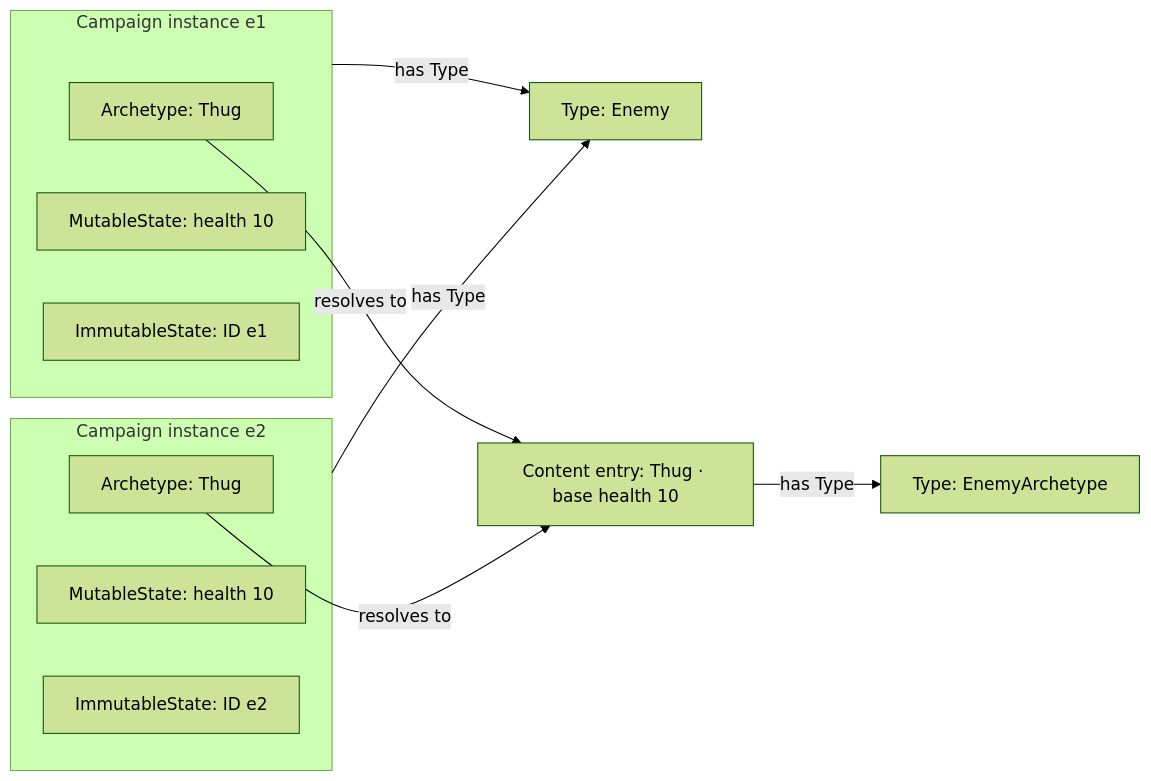
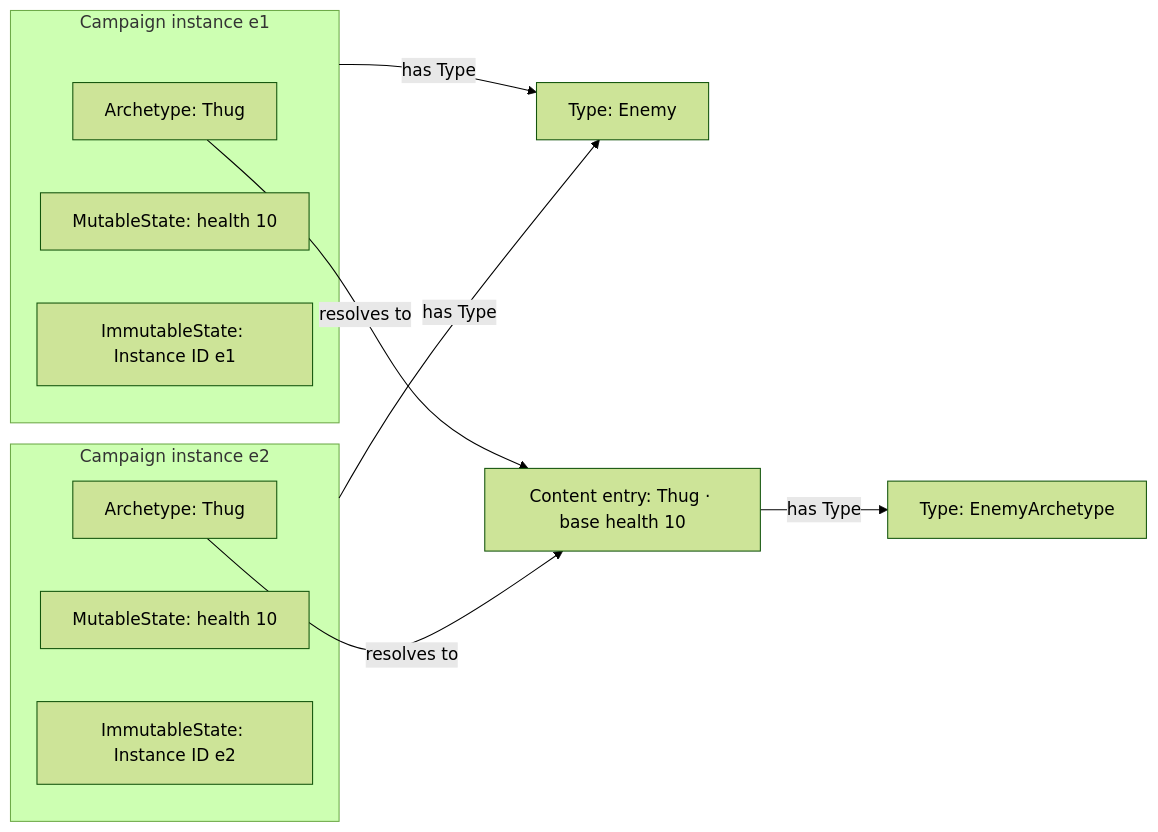
The second of 3 diagrams in docs/specs/foundation/modeling-foundations.md (konrad-jamrozik/game-v5), drawn with Mermaid (forest theme) before and after one commit. The commit also changed other lines of this file and 26 other files, not shown here.

````diff
--- a/docs/specs/foundation/modeling-foundations.md
+++ b/docs/specs/foundation/modeling-foundations.md
@@ -153,21 +158,21 @@
 ```mermaid
 flowchart LR
     ET["Type: Enemy"]
     AT["Type: EnemyArchetype"]
     T["Content entry: Thug · base health 10"]
     T -->|has Type| AT
     subgraph E1["Campaign instance e1"]
         A1["Archetype: Thug"]
         M1["MutableState: health 10"]
-        F1["ImmutableState: ID e1"]
+        F1["ImmutableState: Instance ID e1"]
     end
     subgraph E2["Campaign instance e2"]
         A2["Archetype: Thug"]
         M2["MutableState: health 10"]
-        F2["ImmutableState: ID e2"]
+        F2["ImmutableState: Instance ID e2"]
     end
     E1 -->|has Type| ET
     E2 -->|has Type| ET
     A1 -->|resolves to| T
     A2 -->|resolves to| T
 ```
````
